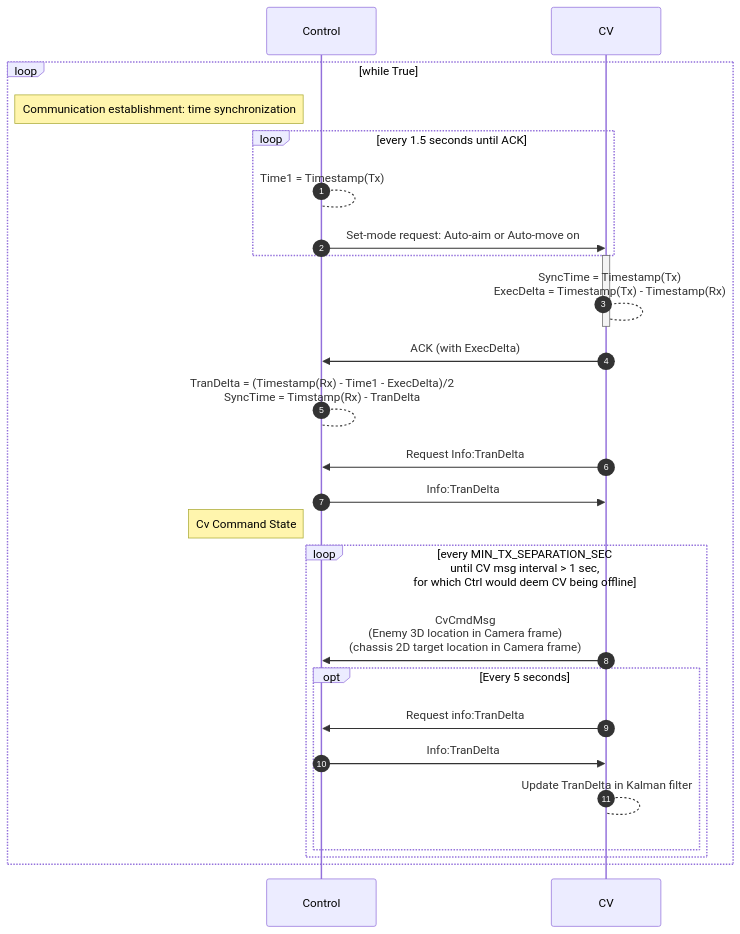
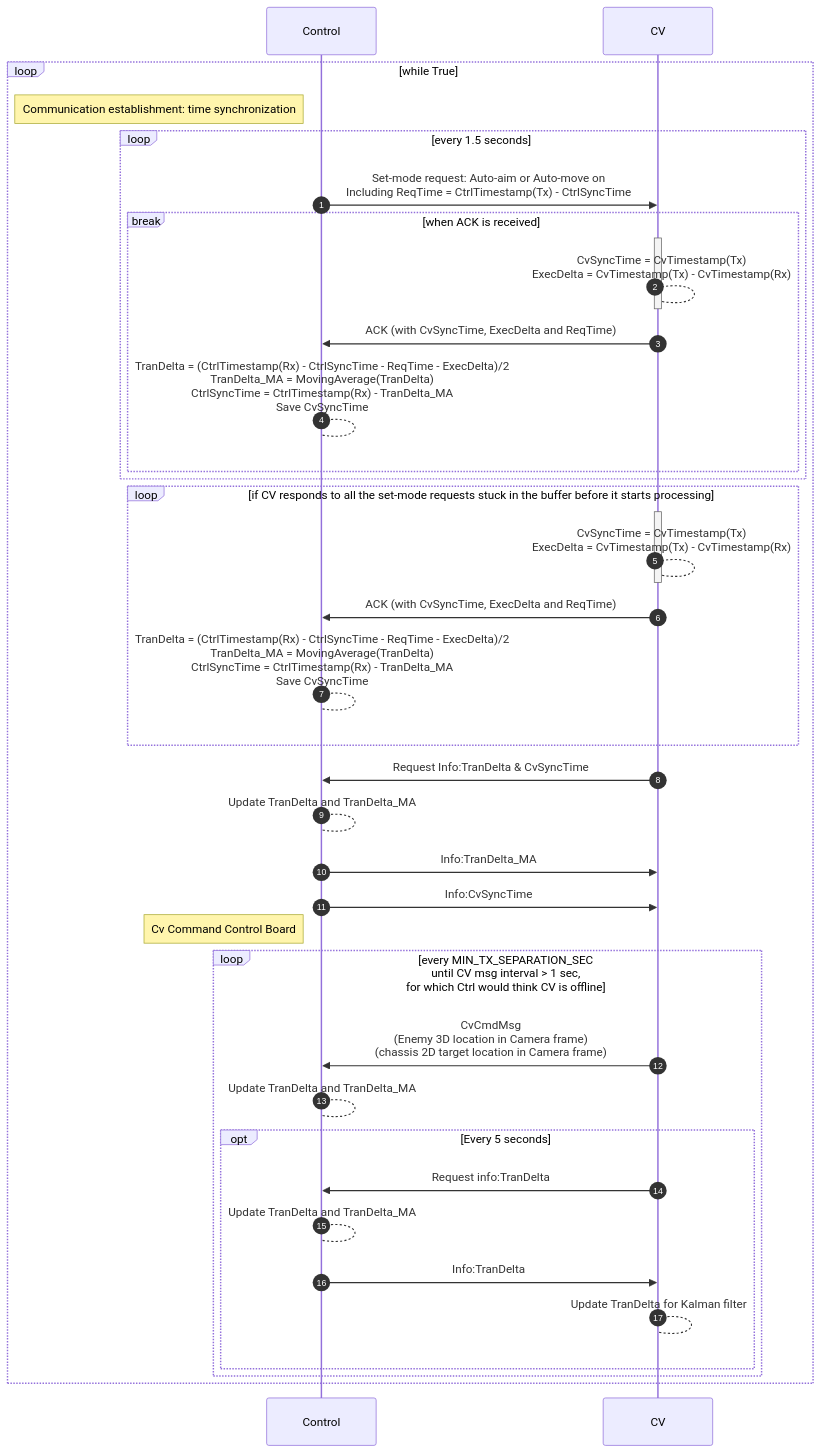
One commit to macrobomastercontrolteam/CV_Interface changed the first of 3 diagrams in README.md. Above: the diagram before and after it, drawn with Mermaid. The commit also changed other lines of this file, not shown here.

````diff
--- a/README.md
+++ b/README.md
@@ -31,27 +39,42 @@
 ``` mermaid
 sequenceDiagram
     autonumber
     loop while True
         Note left of Control: Communication establishment: time synchronization
-        loop every 1.5 seconds until ACK
-            Control-->Control:Time1 = Timestamp(Tx)
-            Control->>CV :Set-mode request: Auto-aim or Auto-move on
+        loop every 1.5 seconds
+            Control->>CV :Set-mode request: Auto-aim or Auto-move on<br/>Including ReqTime = CtrlTimestamp(Tx) - CtrlSyncTime
+            break when ACK is received
+                activate CV
+                CV-->CV :CvSyncTime = CvTimestamp(Tx)<br/>ExecDelta = CvTimestamp(Tx) - CvTimestamp(Rx)
+                deactivate CV
+                CV->>Control :ACK (with CvSyncTime, ExecDelta and ReqTime)
+                Control-->Control: TranDelta = (CtrlTimestamp(Rx) - CtrlSyncTime - ReqTime - ExecDelta)/2<br/>TranDelta_MA = MovingAverage(TranDelta)<br/>CtrlSyncTime = CtrlTimestamp(Rx) - TranDelta_MA<br/>Save CvSyncTime
+            end
         end
-        activate CV
-        CV-->CV :SyncTime = Timestamp(Tx)<br/>ExecDelta = Timestamp(Tx) - Timestamp(Rx)
-        deactivate CV
-        CV->>Control :ACK (with ExecDelta)
-        Control-->Control: TranDelta = (Timestamp(Rx) - Time1 - ExecDelta)/2<br/>SyncTime = Timstamp(Rx) - TranDelta
-        CV->>Control :Request Info:TranDelta
-        Control->>CV :Info:TranDelta
-        Note left of Control: Cv Command State
-        loop every MIN_TX_SEPARATION_SEC<br/>until CV msg interval > 1 sec,<br/>for which Ctrl would deem CV being offline
+
+        loop if CV responds to all the set-mode requests stuck in the buffer before it starts processing
+            activate CV
+            CV-->CV :CvSyncTime = CvTimestamp(Tx)<br/>ExecDelta = CvTimestamp(Tx) - CvTimestamp(Rx)
+            deactivate CV
+            CV->>Control :ACK (with CvSyncTime, ExecDelta and ReqTime)
+            Control-->Control: TranDelta = (CtrlTimestamp(Rx) - CtrlSyncTime - ReqTime - ExecDelta)/2<br/>TranDelta_MA = MovingAverage(TranDelta)<br/>CtrlSyncTime = CtrlTimestamp(Rx) - TranDelta_MA<br/>Save CvSyncTime
+        end
+
+        CV->>Control :Request Info:TranDelta & CvSyncTime
+        Control-->Control :Update TranDelta and TranDelta_MA
+        Control->>CV :Info:TranDelta_MA
+        Control->>CV :Info:CvSyncTime
+
+        Note left of Control: Cv Command Control Board
+        loop every MIN_TX_SEPARATION_SEC<br/>until CV msg interval > 1 sec,<br/>for which Ctrl would think CV is offline
             CV->>Control :CvCmdMsg<br/>(Enemy 3D location in Camera frame)<br/>(chassis 2D target location in Camera frame)
+            Control-->Control :Update TranDelta and TranDelta_MA
             opt Every 5 seconds
                 CV->>Control :Request info:TranDelta
+                Control-->Control :Update TranDelta and TranDelta_MA
                 Control->>CV :Info:TranDelta
-                CV-->CV :Update TranDelta in Kalman filter
+                CV-->CV :Update TranDelta for Kalman filter
             end
         end
     end
 ```
````
